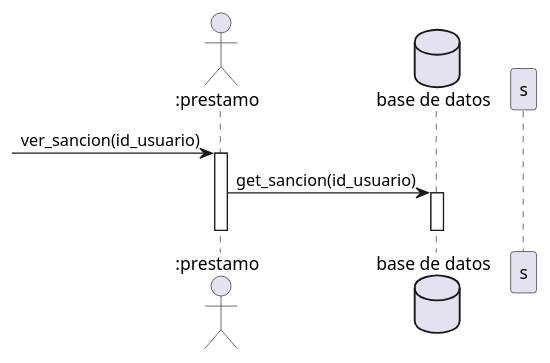
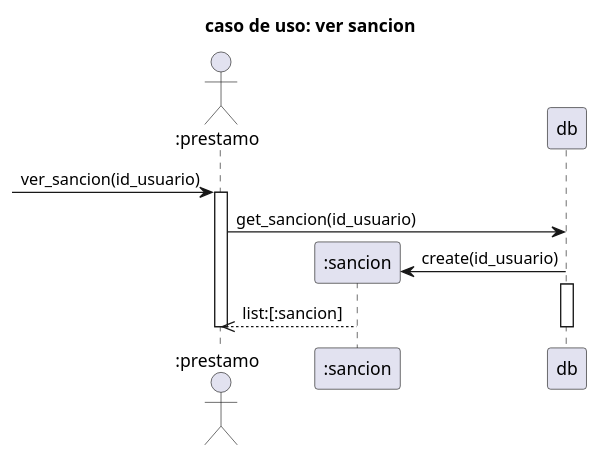
Before and after one commit to RubenE107/diagramas-de-dise-o-uml: the diagram in Interacion3/Versancion.puml, drawn with PlantUML. The commit also changed 1 other file, not shown here.

Commit message:
ver sancion

```diff
--- a/Interacion3/Versancion.puml
+++ b/Interacion3/Versancion.puml
@@ -1,29 +1,38 @@
 @startuml
+title caso de uso: ver sancion
+actor ":prestamo" as p
 
-actor ":prestamo" as p
-database "base de datos" as db
 
 ->p:ver_sancion(id_usuario)
 activate p
 p->db:get_sancion(id_usuario)
+create ":sancion" as s
+
+db->s:create(id_usuario)
+
+database "base de datos" as db
+
+
 activate db
+s-->>p:list:[:sancion]
 deactivate db
+
+
+
 
 deactivate p
 ' u -> s:iniciarSession(correo,contraseña)
 ' activate s
 ' u -> s:verusuario(idUsuario)
 ' activate s
 ' u -> s:pulsa el boton ver Sancion
 ' s -> s:verifca si el usuario tiene sancion
 ' group no tiene sancion
 ' s -> u: mensaje("no tiene sancion")
 ' end
 ' s->s: despliega la informacion de la sancion
 ' s -> u: muestra la informacion de la sancion
 ' u -> s:cerrar la ventana al terminar
 
 
-deactivate s
-
 @enduml
```
